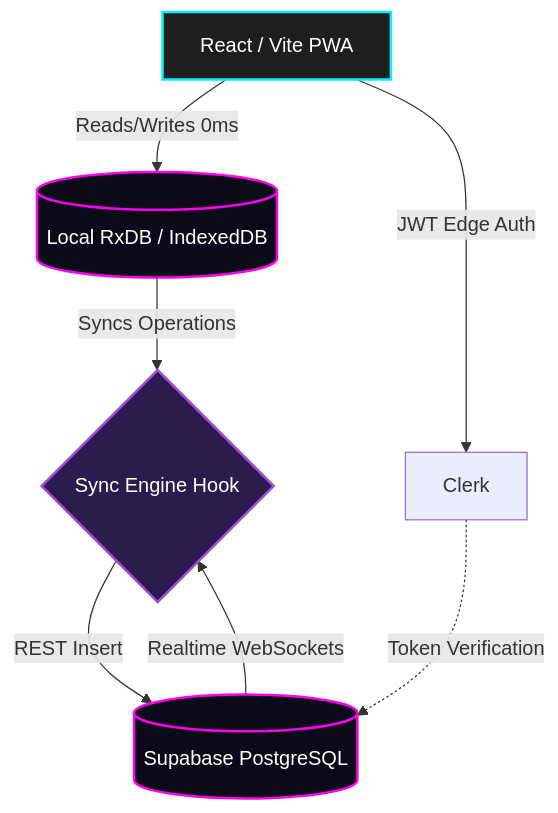
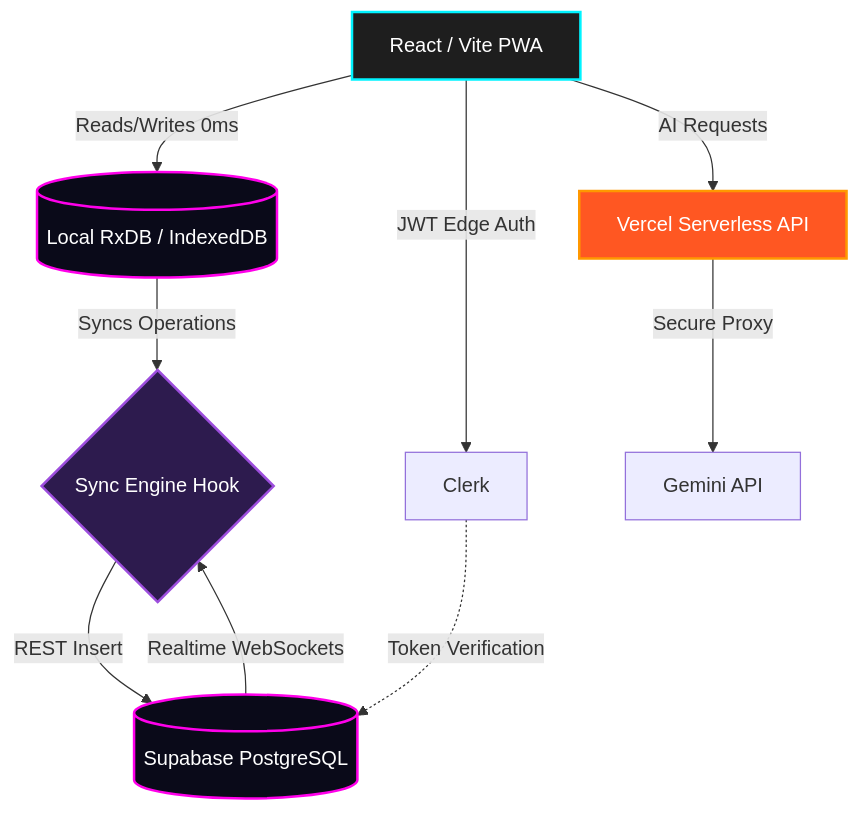
The diagram in README.md (ArnavPundir22/ZeroLag), drawn with Mermaid before and after one commit. The commit also changed other lines of this file and 4 other files, not shown here.

Commit message:
docs: Update architecture and product documentation

````diff
--- a/README.md
+++ b/README.md
@@ -98,17 +99,21 @@
 ```mermaid
 graph TD
     A[React / Vite PWA] -->|Reads/Writes 0ms| B[(Local RxDB / IndexedDB)]
     B -->|Syncs Operations| C{Sync Engine Hook}
     C -->|REST Insert| D[(Supabase PostgreSQL)]
     D -->|Realtime WebSockets| C
     A -->|JWT Edge Auth| E[Clerk]
     E -.->|Token Verification| D
+    A -->|AI Requests| F[Vercel Serverless API]
+    F -->|Secure Proxy| G[Gemini API]
 
     classDef frontend fill:#1e1e1e,stroke:#00f3ff,stroke-width:2px,color:#fff;
     classDef database fill:#0a0a19,stroke:#ff00ea,stroke-width:2px,color:#fff;
     classDef engine fill:#2d1b4e,stroke:#9d4edd,stroke-width:2px,color:#fff;
+    classDef serverless fill:#ff5722,stroke:#ff9800,stroke-width:2px,color:#fff;
     
     class A frontend
     class B,D database
     class C engine
+    class F serverless
 ```
````
